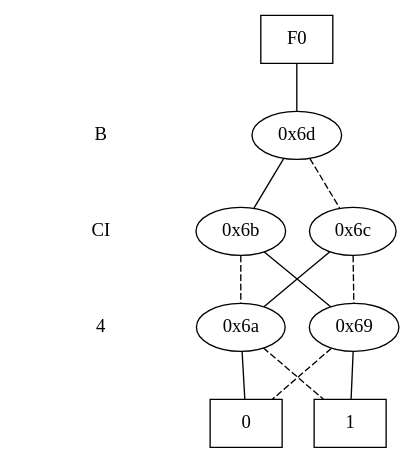
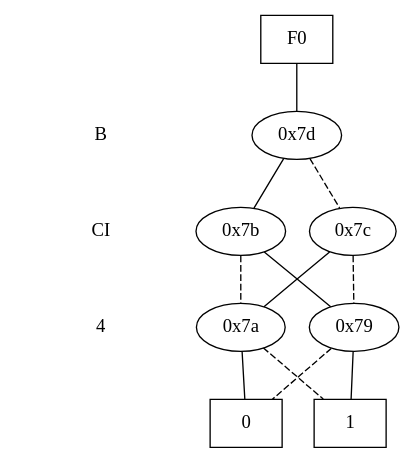
The diagram in tool/bdd_output/add2d1.dot (DimitrisT1804/algorithm_cad1_project), drawn with Graphviz before and after one commit. The commit also changed 11 other files, not shown here.

```diff
--- a/tool/bdd_output/add2d1.dot
+++ b/tool/bdd_output/add2d1.dot
@@ -1,41 +1,41 @@
 digraph "DD" {
 size = "7.5,10"
 center = true;
 edge [dir = none];
 { node [shape = plaintext];
   edge [style = invis];
   "CONST NODES" [style = invis];
 " B " -> " CI " -> " 4 " -> "CONST NODES"; 
 }
 { rank = same; node [shape = box]; edge [style = invis];
 "F0"; }
 { rank = same; " B ";
+"0x7d";
+}
+{ rank = same; " CI ";
+"0x7b";
+"0x7c";
+}
+{ rank = same; " 4 ";
+"0x7a";
+"0x79";
+}
+{ rank = same; "CONST NODES";
+{ node [shape = box]; "0x6e";
 "0x6d";
 }
-{ rank = same; " CI ";
-"0x6b";
-"0x6c";
 }
-{ rank = same; " 4 ";
-"0x6a";
-"0x69";
+"F0" -> "0x7d" [style = solid];
+"0x7d" -> "0x7b";
+"0x7d" -> "0x7c" [style = dashed];
+"0x7b" -> "0x79";
+"0x7b" -> "0x7a" [style = dashed];
+"0x7c" -> "0x7a";
+"0x7c" -> "0x79" [style = dashed];
+"0x7a" -> "0x6e";
+"0x7a" -> "0x6d" [style = dashed];
+"0x79" -> "0x6d";
+"0x79" -> "0x6e" [style = dashed];
+"0x6e" [label = "0"];
+"0x6d" [label = "1"];
 }
-{ rank = same; "CONST NODES";
-{ node [shape = box]; "0x5e";
-"0x5d";
-}
-}
-"F0" -> "0x6d" [style = solid];
-"0x6d" -> "0x6b";
-"0x6d" -> "0x6c" [style = dashed];
-"0x6b" -> "0x69";
-"0x6b" -> "0x6a" [style = dashed];
-"0x6c" -> "0x6a";
-"0x6c" -> "0x69" [style = dashed];
-"0x6a" -> "0x5e";
-"0x6a" -> "0x5d" [style = dashed];
-"0x69" -> "0x5d";
-"0x69" -> "0x5e" [style = dashed];
-"0x5e" [label = "0"];
-"0x5d" [label = "1"];
-}
```
